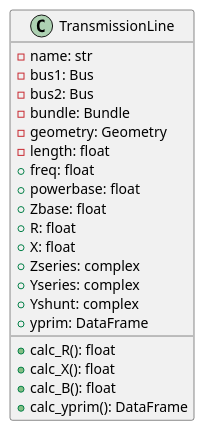
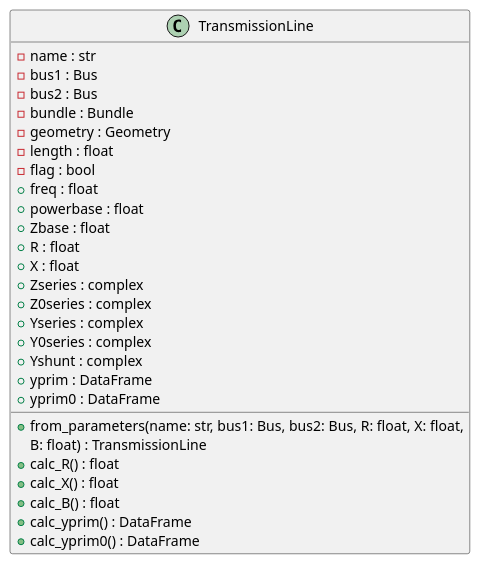
Before and after one commit to JLipnerPitt/ECE2774-ADV-POWER-SYSTEMS-ANALYSIS: diagram 18 of 18 in project2.plantuml, drawn with PlantUML. The commit also changed other lines of this file and 4 other files, not shown here.

```diff
--- a/project2.plantuml
+++ b/project2.plantuml
@@ -153,24 +320,33 @@
-@startuml TransmissionLine
+@startuml
+
 class TransmissionLine {
-    -name: str
-    -bus1: Bus
-    -bus2: Bus
-    -bundle: Bundle
-    -geometry: Geometry
-    -length: float
-    +freq: float
-    +powerbase: float
-    +Zbase: float
-    +R: float
-    +X: float
-    +Zseries: complex
-    +Yseries: complex
-    +Yshunt: complex
-    +yprim: DataFrame
+  - name : str
+  - bus1 : Bus
+  - bus2 : Bus
+  - bundle : Bundle
+  - geometry : Geometry
+  - length : float
+  - flag : bool
+  + freq : float
+  + powerbase : float
+  + Zbase : float
+  + R : float
+  + X : float
+  + Zseries : complex
+  + Z0series : complex
+  + Yseries : complex
+  + Y0series : complex
+  + Yshunt : complex
+  + yprim : DataFrame
+  + yprim0 : DataFrame
 
-    +calc_R(): float
-    +calc_X(): float
-    +calc_B(): float
-    +calc_yprim(): DataFrame
+  + from_parameters(name: str, bus1: Bus, bus2: Bus, R: float, X: float,
+  B: float) : TransmissionLine
+  + calc_R() : float
+  + calc_X() : float
+  + calc_B() : float
+  + calc_yprim() : DataFrame
+  + calc_yprim0() : DataFrame
 }
+
 @enduml
```
